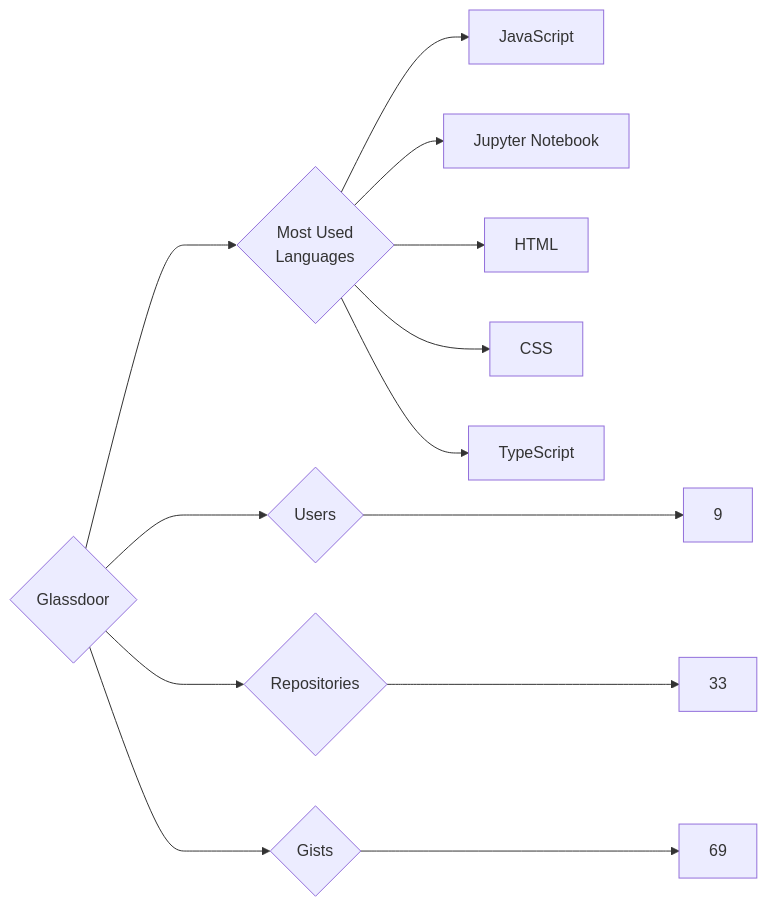
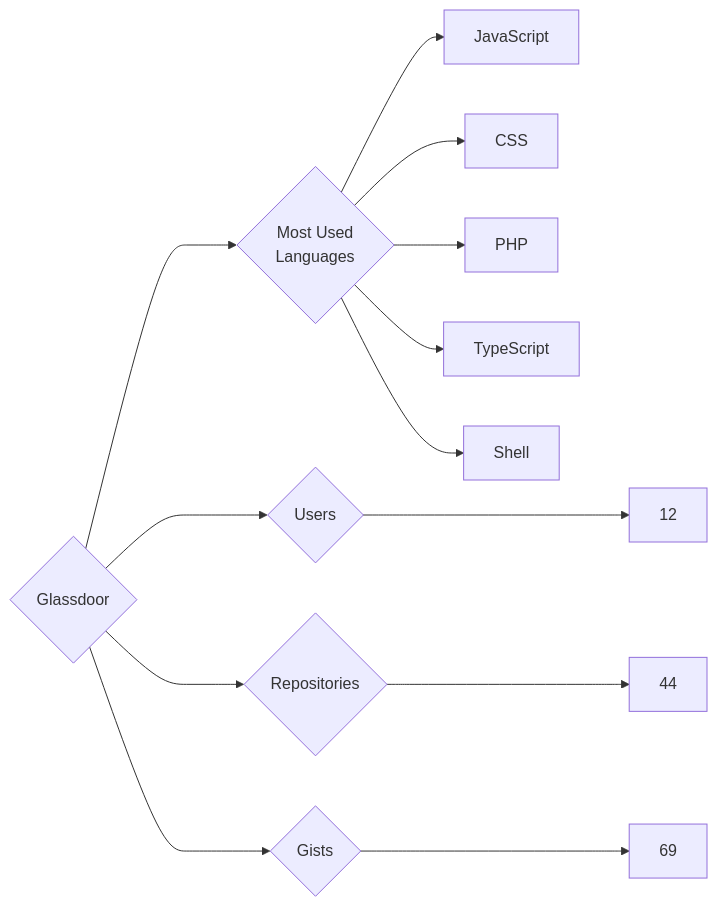
One commit to trickest/insiders changed the diagram in targets/Glassdoor/README.md. Above: the diagram before and after it, drawn with Mermaid. The commit also changed 749 other files, not shown here.

````diff
--- a/targets/Glassdoor/README.md
+++ b/targets/Glassdoor/README.md
@@ -3,13 +3,13 @@
 ```mermaid
 graph LR
 COMPANY_NAME{Glassdoor}
-COMPANY_NAME ---> U{Users} ---> UN[9]
-COMPANY_NAME ---> R{Repositories} ---> RN[33]
+COMPANY_NAME ---> U{Users} ---> UN[12]
+COMPANY_NAME ---> R{Repositories} ---> RN[44]
 COMPANY_NAME ---> G{Gists} ---> GN[69]
 COMPANY_NAME ---> ML{Most Used<br>Languages}
 ML --> JavaScript[JavaScript]
-ML --> Jupyter_Notebook[Jupyter Notebook]
-ML --> HTML[HTML]
 ML --> CSS[CSS]
+ML --> PHP[PHP]
 ML --> TypeScript[TypeScript]
+ML --> Shell[Shell]
 ```
````
